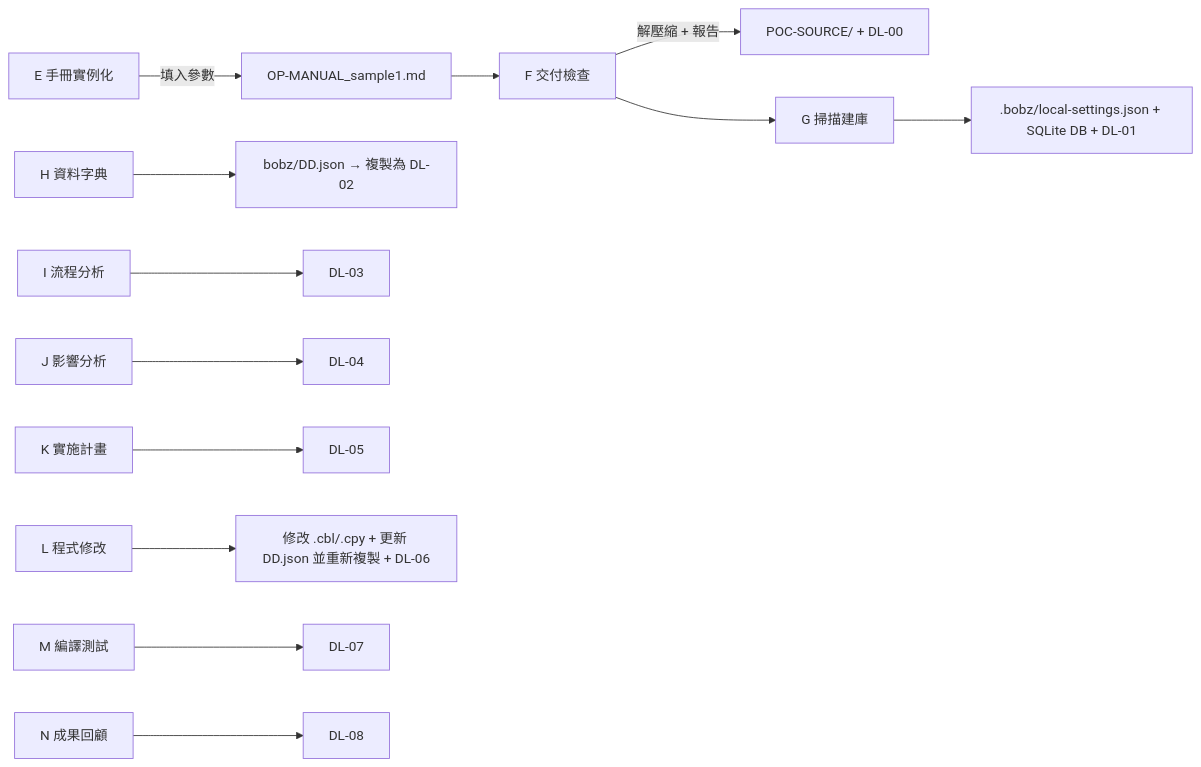
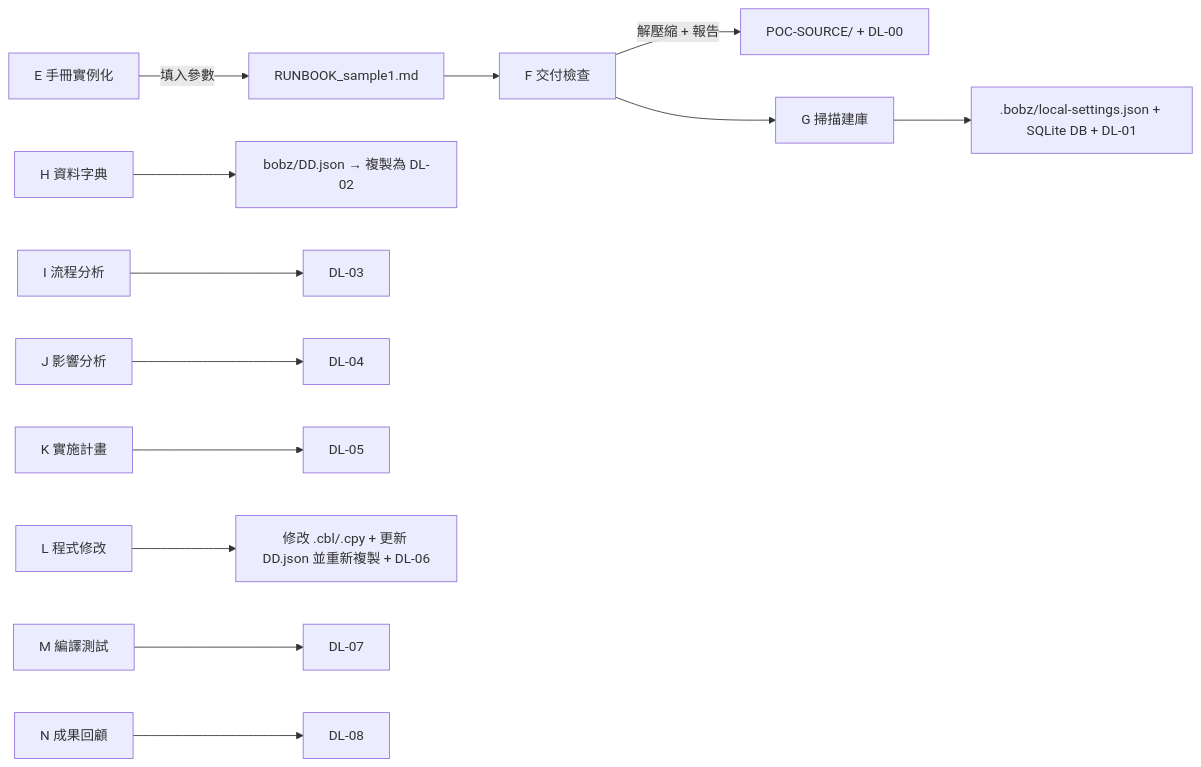
Before and after one commit to elton0214/Bob-PPZ_POC: the diagram in README.md, drawn with Mermaid. The commit also changed other lines of this file and 3 other files, not shown here.

````diff
--- a/README.md
+++ b/README.md
@@ -111,15 +111,15 @@
 ```mermaid
 flowchart LR
-    E[E 手冊實例化] -->|填入參數| OP[OP-MANUAL_sample1.md]
+    E[E 手冊實例化] -->|填入參數| OP[RUNBOOK_sample1.md]
     OP --> F[F 交付檢查]
     F -->|解壓縮 + 報告| P[POC-SOURCE/ + DL-00]
     F --> G[G 掃描建庫]
     G --> S[.bobz/local-settings.json + SQLite DB + DL-01]
     H[H 資料字典] --> D[bobz/DD.json → 複製為 DL-02]
     I[I 流程分析] --> D3[DL-03]
     J[J 影響分析] --> D4[DL-04]
     K[K 實施計畫] --> D5[DL-05]
     L[L 程式修改] --> M[修改 .cbl/.cpy + 更新 DD.json 並重新複製 + DL-06]
     M2[M 編譯測試] --> D7[DL-07]
     N[N 成果回顧] --> D8[DL-08]
 ```
````
